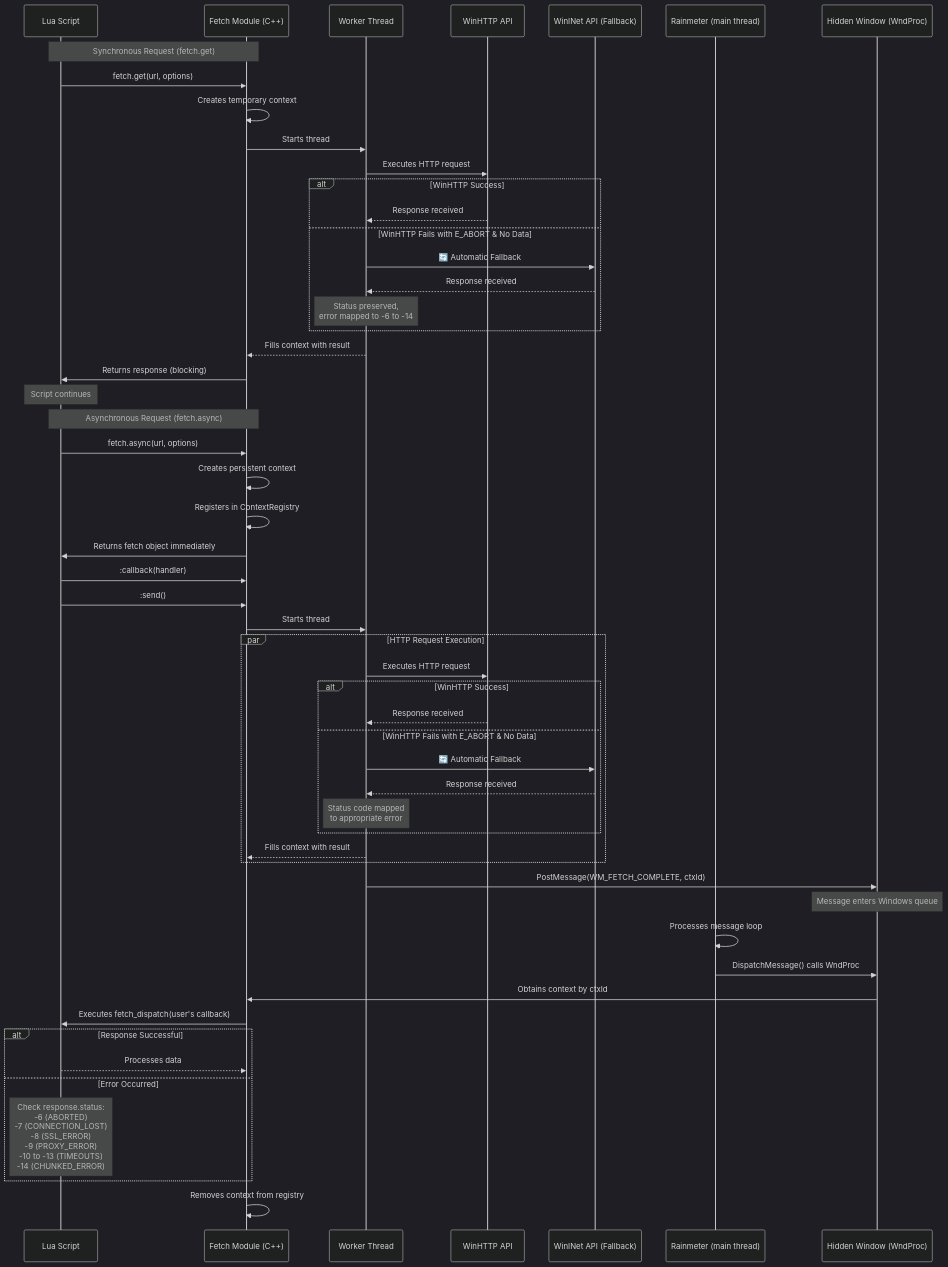
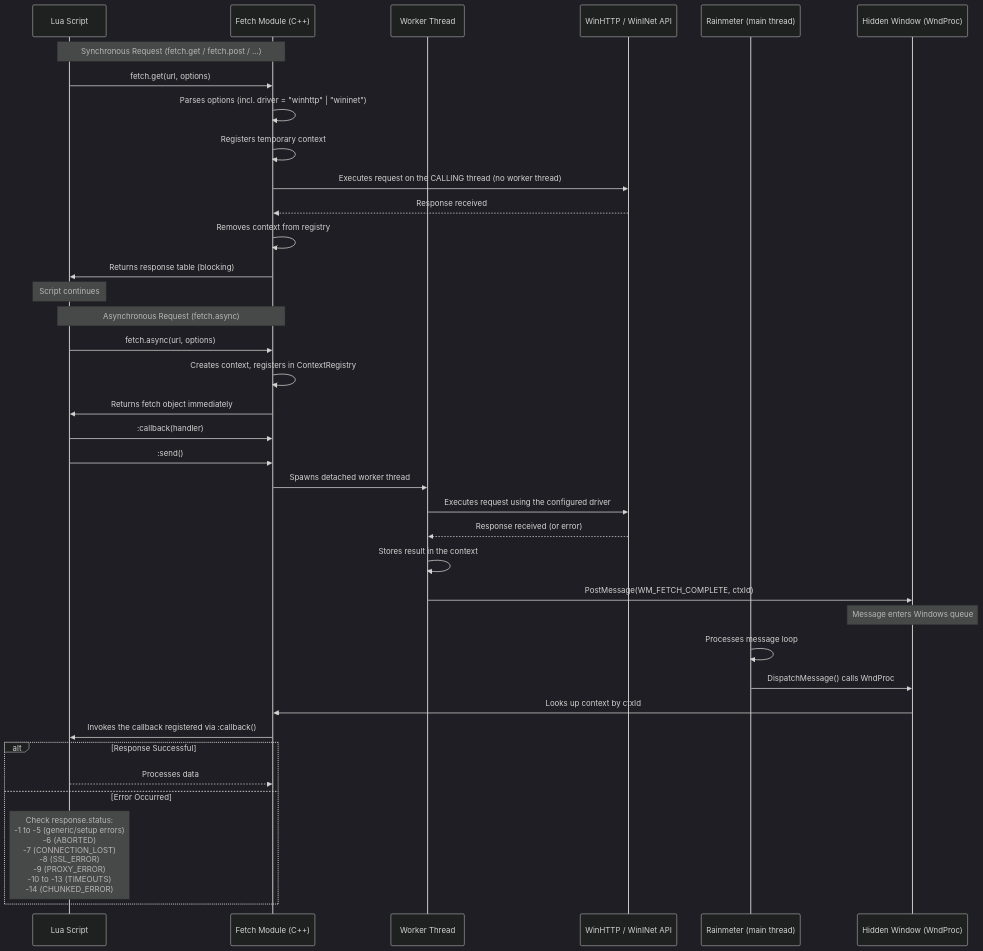
One commit to F4Jonatas/RainJIT changed the diagram in assets/doc/FETCH-README.md. Above: the diagram before and after it, drawn with Mermaid (dark theme). The commit also changed other lines of this file and 33 other files, not shown here.

````diff
--- a/assets/doc/FETCH-README.md
+++ b/assets/doc/FETCH-README.md
@@ -881,69 +871,47 @@
 ```mermaid
 sequenceDiagram
     participant Lua as Lua Script
     participant Fetch as Fetch Module (C++)
     participant Worker as Worker Thread
-    participant WinHTTP as WinHTTP API
-    participant WinINet as WinINet API (Fallback)
+    participant Driver as WinHTTP / WinINet API
     participant Rainmeter as Rainmeter (main thread)
     participant WndProc as Hidden Window (WndProc)
 
-    Note over Lua,Fetch: Synchronous Request (fetch.get)
+    Note over Lua,Fetch: Synchronous Request (fetch.get / fetch.post / ...)
     Lua->>Fetch: fetch.get(url, options)
-    Fetch->>Fetch: Creates temporary context
-    Fetch->>Worker: Starts thread
-    Worker->>WinHTTP: Executes HTTP request
-
-    alt WinHTTP Success
-        WinHTTP-->>Worker: Response received
-    else WinHTTP Fails with E_ABORT & No Data
-        Worker->>WinINet: 🔄 Automatic Fallback
-        WinINet-->>Worker: Response received
-        Note over Worker: Status preserved,<br/>error mapped to -6 to -14
-    end
-
-    Worker-->>Fetch: Fills context with result
-    Fetch->>Lua: Returns response (blocking)
+    Fetch->>Fetch: Parses options (incl. driver = "winhttp" | "wininet")
+    Fetch->>Fetch: Registers temporary context
+    Fetch->>Driver: Executes request on the CALLING thread (no worker thread)
+    Driver-->>Fetch: Response received
+    Fetch->>Fetch: Removes context from registry
+    Fetch->>Lua: Returns response table (blocking)
     Note over Lua: Script continues
 
     Note over Lua,Fetch: Asynchronous Request (fetch.async)
     Lua->>Fetch: fetch.async(url, options)
-    Fetch->>Fetch: Creates persistent context
-    Fetch->>Fetch: Registers in ContextRegistry
+    Fetch->>Fetch: Creates context, registers in ContextRegistry
     Fetch->>Lua: Returns fetch object immediately
 
     Lua->>Fetch: :callback(handler)
     Lua->>Fetch: :send()
-    Fetch->>Worker: Starts thread
+    Fetch->>Worker: Spawns detached worker thread
 
-    par HTTP Request Execution
-        Worker->>WinHTTP: Executes HTTP request
-
-        alt WinHTTP Success
-            WinHTTP-->>Worker: Response received
-        else WinHTTP Fails with E_ABORT & No Data
-            Worker->>WinINet: 🔄 Automatic Fallback
-            WinINet-->>Worker: Response received
-            Note over Worker: Status code mapped<br/>to appropriate error
-        end
-
-        Worker-->>Fetch: Fills context with result
-    end
+    Worker->>Driver: Executes request using the configured driver
+    Driver-->>Worker: Response received (or error)
+    Worker->>Worker: Stores result in the context
 
     Worker->>WndProc: PostMessage(WM_FETCH_COMPLETE, ctxId)
     Note over WndProc: Message enters Windows queue
 
     Rainmeter->>Rainmeter: Processes message loop
     Rainmeter->>WndProc: DispatchMessage() calls WndProc
-    WndProc->>Fetch: Obtains context by ctxId
+    WndProc->>Fetch: Looks up context by ctxId
 
-    Fetch->>Lua: Executes fetch_dispatch(user's callback)
+    Fetch->>Lua: Invokes the callback registered via :callback()
 
     alt Response Successful
         Lua-->>Fetch: Processes data
     else Error Occurred
-        Note over Lua: Check response.status:<br/>-6 (ABORTED)<br/>-7 (CONNECTION_LOST)<br/>-8 (SSL_ERROR)<br/>-9 (PROXY_ERROR)<br/>-10 to -13 (TIMEOUTS)<br/>-14 (CHUNKED_ERROR)
+        Note over Lua: Check response.status:<br/>-1 to -5 (generic/setup errors)<br/>-6 (ABORTED)<br/>-7 (CONNECTION_LOST)<br/>-8 (SSL_ERROR)<br/>-9 (PROXY_ERROR)<br/>-10 to -13 (TIMEOUTS)<br/>-14 (CHUNKED_ERROR)
     end
-
-    Fetch->>Fetch: Removes context from registry
 ```
````
